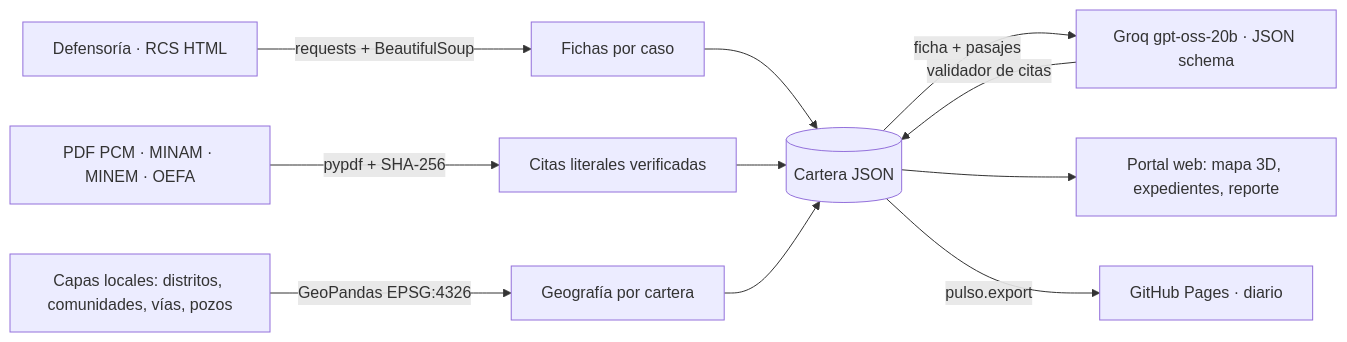
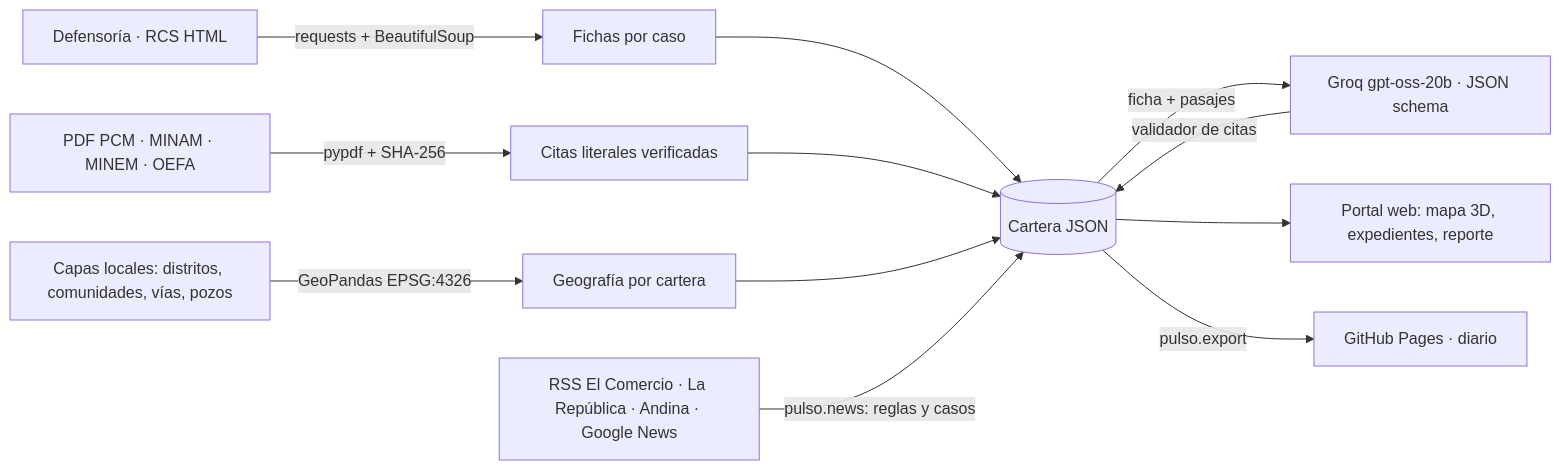
One commit to AlexNoblejas/pulso-territorial changed the diagram in README.md. Above: the diagram before and after it, drawn with Mermaid. The commit also changed other lines of this file and 8 other files, not shown here.

````diff
--- a/README.md
+++ b/README.md
@@ -55,13 +56,14 @@
 ```mermaid
 flowchart LR
  A[Defensoría · RCS HTML] -->|requests + BeautifulSoup| B[Fichas por caso]
  P[PDF PCM · MINAM · MINEM · OEFA] -->|pypdf + SHA-256| Q[Citas literales verificadas]
  G[Capas locales: distritos, comunidades, vías, pozos] -->|GeoPandas EPSG:4326| M[Geografía por cartera]
  B --> E[(Cartera JSON)]
  Q --> E
  M --> E
+ N[RSS El Comercio · La República · Andina · Google News] -->|pulso.news: reglas y casos| E
  E -->|ficha + pasajes| L[Groq gpt-oss-20b · JSON schema]
  L -->|validador de citas| E
  E --> W[Portal web: mapa 3D, expedientes, reporte]
  E -->|pulso.export| S[GitHub Pages · diario]
 ```
````
